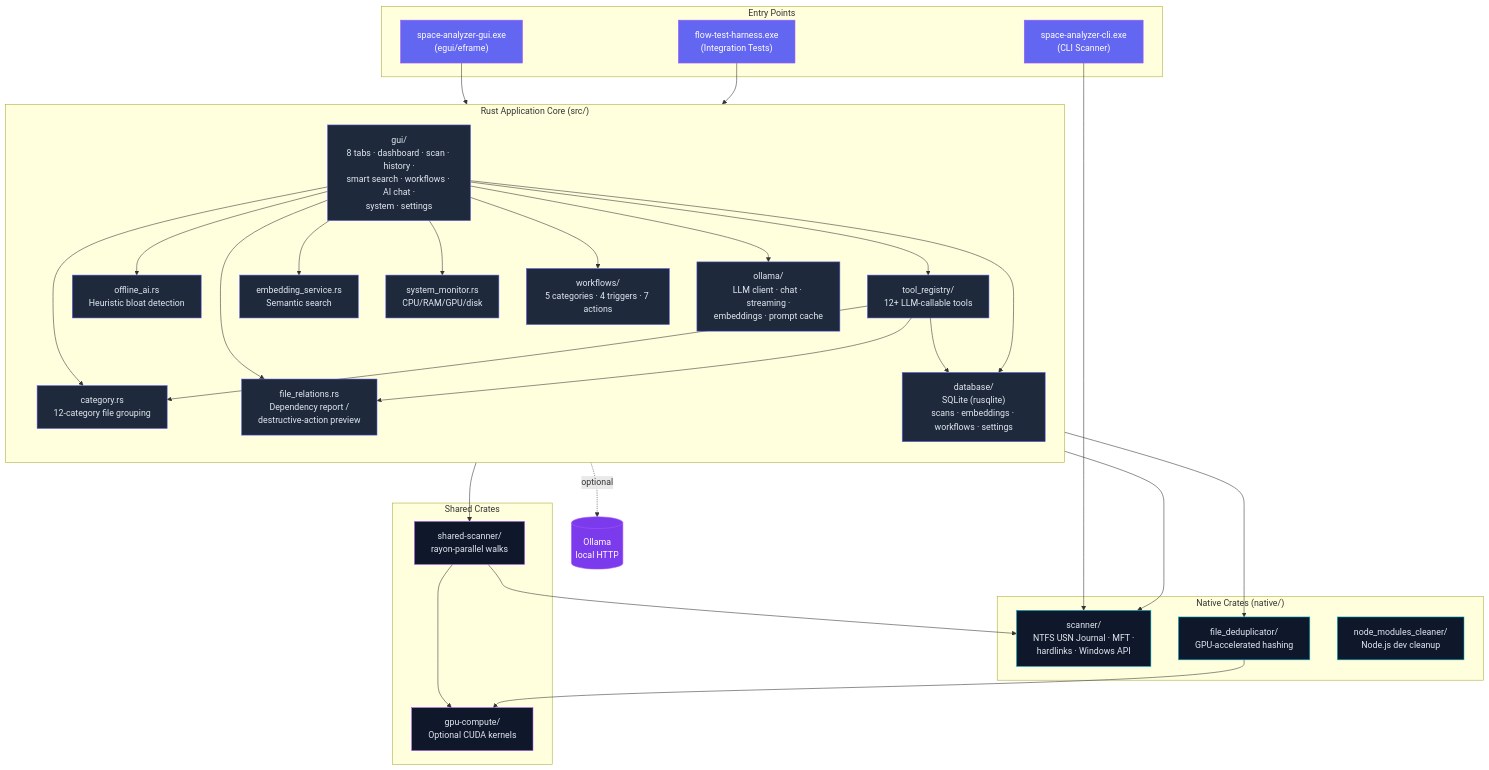
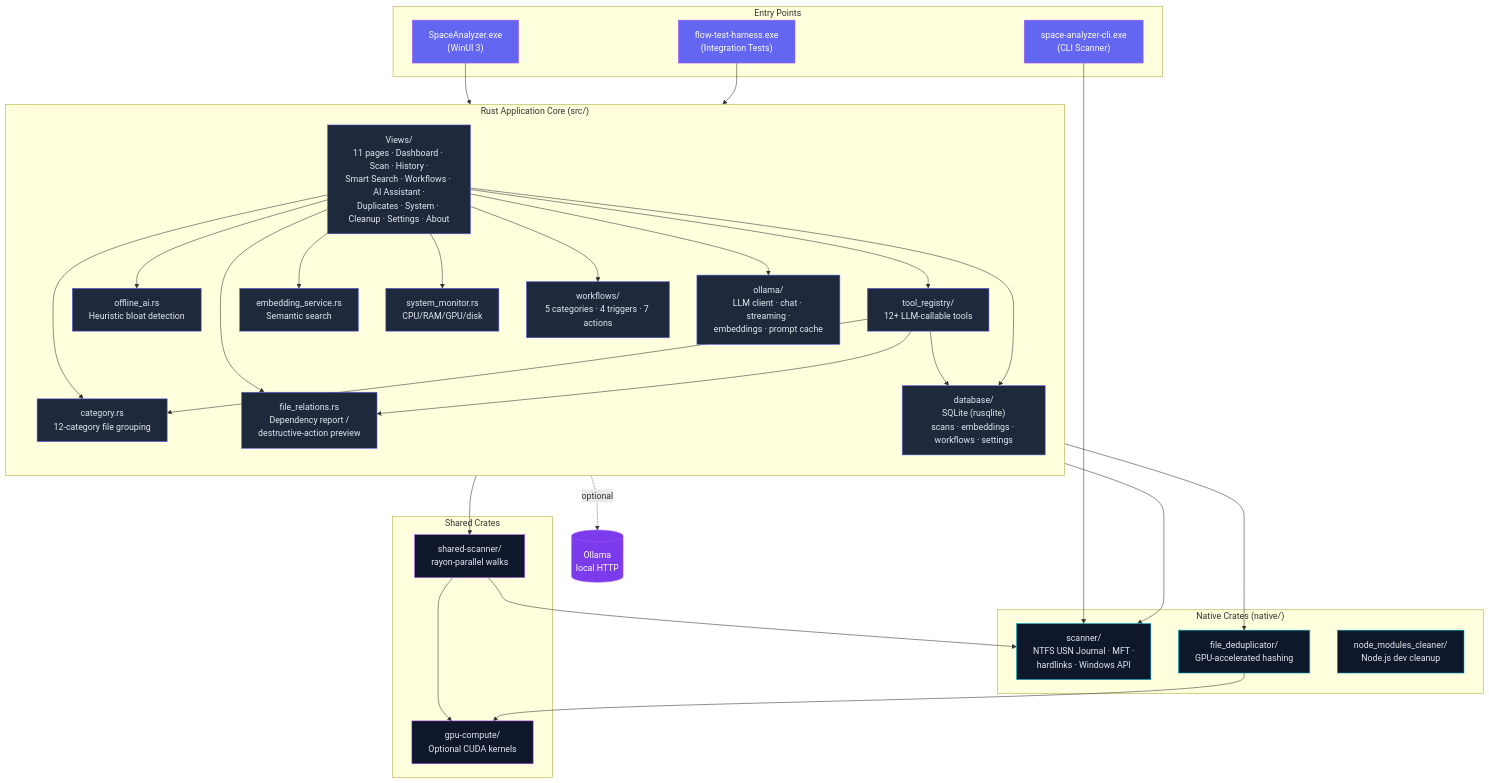
Before and after one commit to ogneocortext/space-analyzer-pro: the diagram in assets/diagrams/architecture.md, drawn with Mermaid. The commit also changed 36 other files, not shown here.

First line of the commit message:
Remove egui GUI from public repo; retarget packaging to WinUI 3

````diff
--- a/assets/diagrams/architecture.md
+++ b/assets/diagrams/architecture.md
@@ -1,68 +1,68 @@
 ```mermaid
 graph TB
     subgraph Entry["Entry Points"]
-        GUI["space-analyzer-gui.exe<br/>(egui/eframe)"]
+        GUI["SpaceAnalyzer.exe<br/>(WinUI 3)"]
         CLI["space-analyzer-cli.exe<br/>(CLI Scanner)"]
         FTH["flow-test-harness.exe<br/>(Integration Tests)"]
     end
 
     subgraph App["Rust Application Core (src/)"]
         direction TB
-        Gui["gui/<br/>8 tabs · dashboard · scan · history ·<br/>smart search · workflows · AI chat ·<br/>system · settings"]
+        Gui["Views/<br/>11 pages · Dashboard · Scan · History ·<br/>Smart Search · Workflows · AI Assistant ·<br/>Duplicates · System · Cleanup · Settings · About"]
         Ollama["ollama/<br/>LLM client · chat · streaming ·<br/>embeddings · prompt cache"]
         DB["database/<br/>SQLite (rusqlite)<br/>scans · embeddings · workflows · settings"]
         WF["workflows/<br/>5 categories · 4 triggers · 7 actions"]
         TR["tool_registry/<br/>12+ LLM-callable tools"]
         Cat["category.rs<br/>12-category file grouping"]
         OAI["offline_ai.rs<br/>Heuristic bloat detection"]
         FR["file_relations.rs<br/>Dependency report /<br/>destructive-action preview"]
         SM["system_monitor.rs<br/>CPU/RAM/GPU/disk"]
         ES["embedding_service.rs<br/>Semantic search"]
     end
 
     subgraph Native["Native Crates (native/)"]
         Scanner["scanner/<br/>NTFS USN Journal · MFT ·<br/>hardlinks · Windows API"]
         Dedup["file_deduplicator/<br/>GPU-accelerated hashing"]
         NMC["node_modules_cleaner/<br/>Node.js dev cleanup"]
     end
 
     subgraph Shared["Shared Crates"]
         SS["shared-scanner/<br/>rayon-parallel walks"]
         GPU["gpu-compute/<br/>Optional CUDA kernels"]
     end
 
     GUI --> Gui
     CLI --> Scanner
     FTH --> Gui
     Gui --> Cat
     Gui --> OAI
     Gui --> FR
     Gui --> ES
     Gui --> SM
     Gui --> WF
     Gui --> Ollama
     Gui --> TR
     Gui --> DB
     Ollama -.optional.-> OllamaExt[(Ollama<br/>local HTTP)]
     TR --> Cat
     TR --> FR
     TR --> SS
     TR --> DB
     WF --> Scanner
     WF --> Dedup
     SS --> GPU
     SS --> Scanner
     Dedup --> GPU
 
     classDef entry fill:#6366f1,stroke:#a855f7,color:#fff
     classDef app fill:#1e293b,stroke:#6366f1,color:#e2e8f0
     classDef native fill:#0f172a,stroke:#06b6d4,color:#e2e8f0
     classDef shared fill:#0f172a,stroke:#a855f7,color:#e2e8f0
     classDef ext fill:#7c3aed,stroke:#a855f7,color:#fff
 
     class GUI,CLI,FTH entry
     class Gui,Ollama,DB,WF,TR,Cat,OAI,FR,SM,ES app
     class Scanner,Dedup,NMC native
     class SS,GPU shared
     class OllamaExt ext
 ```
````
